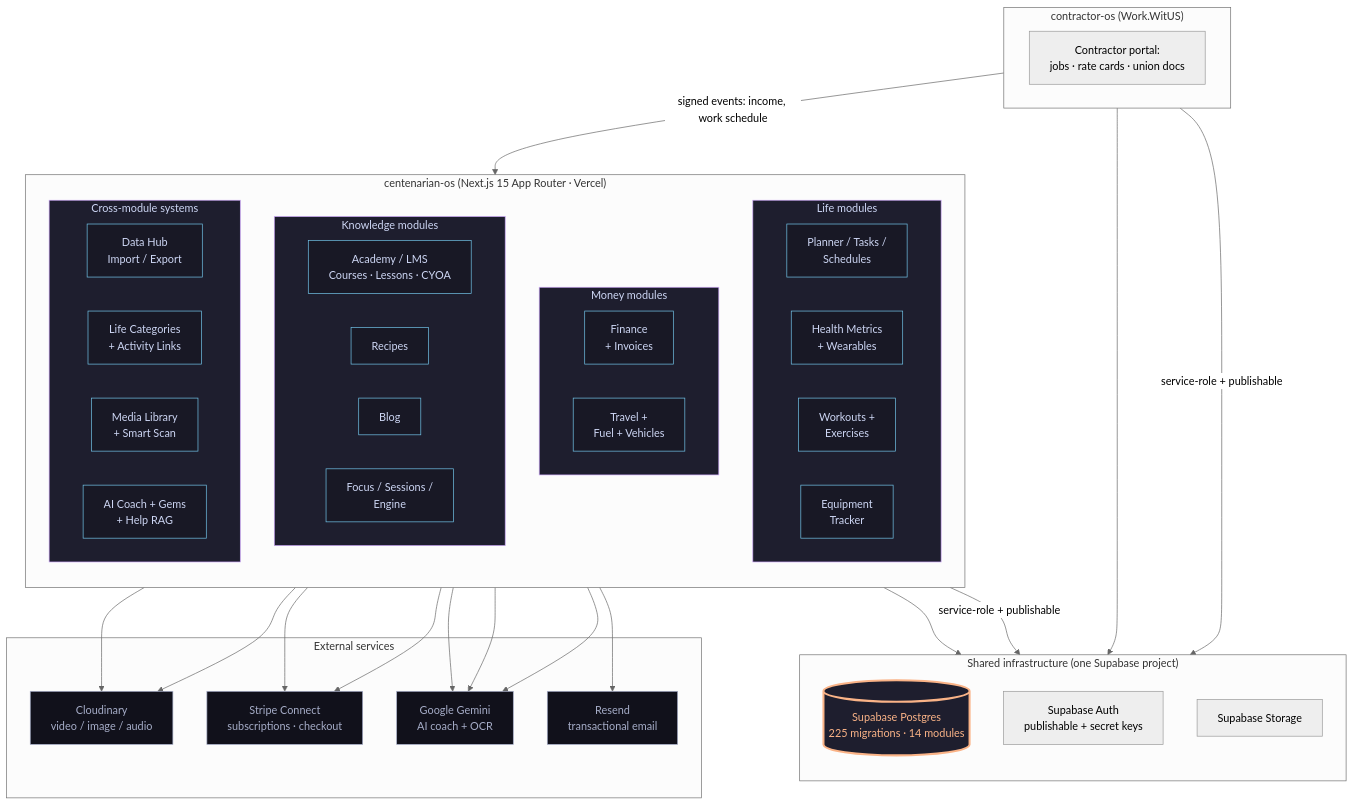
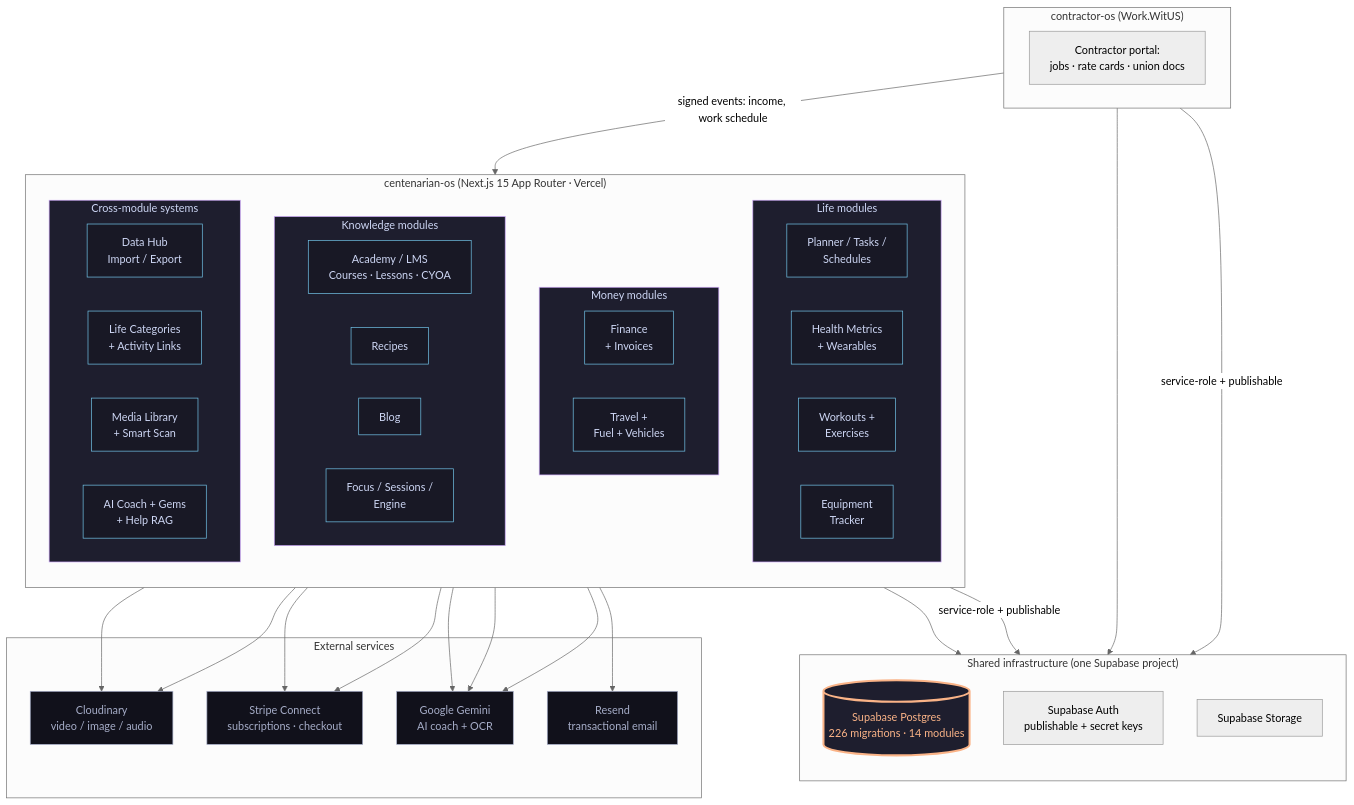
Before and after one commit to dapperAuteur/centenarian-os: the diagram in ARCHITECTURE.md, drawn with Mermaid (neutral theme). The commit also changed 3 other files, not shown here.

````diff
--- a/ARCHITECTURE.md
+++ b/ARCHITECTURE.md
@@ -14,77 +14,77 @@
 ```mermaid
 flowchart TB
   classDef shell fill:#1e1e2e,stroke:#cba6f7,color:#cdd6f4
   classDef module fill:#181825,stroke:#74c7ec,color:#cdd6f4
   classDef shared fill:#1e1e2e,stroke:#fab387,color:#fab387,stroke-width:3px
   classDef external fill:#11111b,stroke:#a6adc8,color:#a6adc8
 
   subgraph CentOS["centenarian-os (Next.js 15 App Router · Vercel)"]
     direction TB
 
     subgraph Life["Life modules"]
       direction LR
       Planner[Planner / Tasks /<br/>Schedules]
       Health[Health Metrics<br/>+ Wearables]
       Workouts[Workouts +<br/>Exercises]
       Equipment[Equipment<br/>Tracker]
     end
 
     subgraph Money["Money modules"]
       direction LR
       Finance[Finance<br/>+ Invoices]
       Travel[Travel +<br/>Fuel + Vehicles]
     end
 
     subgraph Knowledge["Knowledge modules"]
       direction LR
       Academy[Academy / LMS<br/>Courses · Lessons · CYOA]
       Recipes[Recipes]
       Blog[Blog]
       Focus[Focus / Sessions /<br/>Engine]
     end
 
     subgraph Cross["Cross-module systems"]
       direction LR
       DataHub[Data Hub<br/>Import / Export]
       Categories[Life Categories<br/>+ Activity Links]
       MediaLib[Media Library<br/>+ Smart Scan]
       Coach[AI Coach + Gems<br/>+ Help RAG]
     end
   end
 
   subgraph Shared["Shared infrastructure (one Supabase project)"]
     direction TB
-    Supabase[(Supabase Postgres<br/>225 migrations · 14 modules)]:::shared
+    Supabase[(Supabase Postgres<br/>226 migrations · 14 modules)]:::shared
     SupaAuth[Supabase Auth<br/>publishable + secret keys]
     SupaStorage[Supabase Storage]
   end
 
   subgraph Sibling["contractor-os (Work.WitUS)"]
     Contractor[Contractor portal:<br/>jobs · rate cards · union docs]
   end
 
   subgraph External["External services"]
     Cloudinary[Cloudinary<br/>video / image / audio]
     Stripe[Stripe Connect<br/>subscriptions · checkout]
     Gemini[Google Gemini<br/>AI coach + OCR]
     Resend[Resend<br/>transactional email]
   end
 
   CentOS -->|service-role + publishable| Supabase
   Sibling -->|service-role + publishable| Supabase
   Sibling -->|signed events: income, work schedule| CentOS
   CentOS --> SupaAuth
   Sibling --> SupaAuth
   CentOS --> Cloudinary
   CentOS --> Stripe
   CentOS --> Gemini
   CentOS --> Resend
   Coach --> Gemini
   MediaLib --> Cloudinary
   MediaLib --> Gemini
   Finance --> Stripe
 
   class Life,Money,Knowledge,Cross shell
   class Planner,Health,Workouts,Equipment,Finance,Travel,Academy,Recipes,Blog,Focus,DataHub,Categories,MediaLib,Coach module
   class Cloudinary,Stripe,Gemini,Resend external
 ```
````
